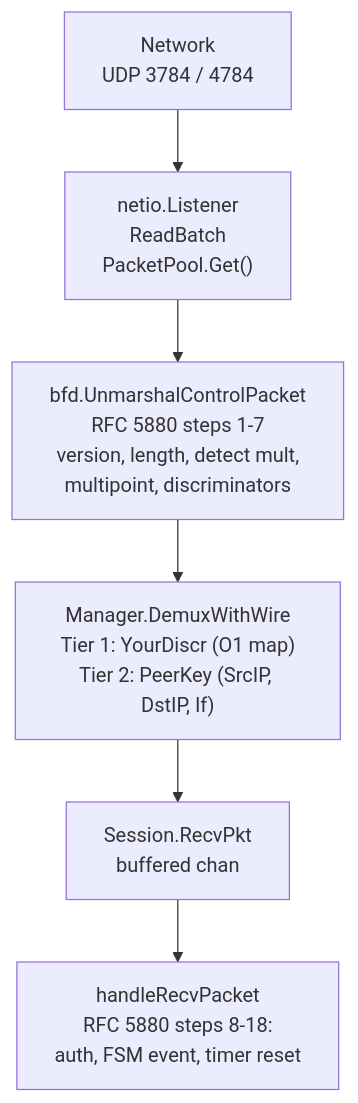
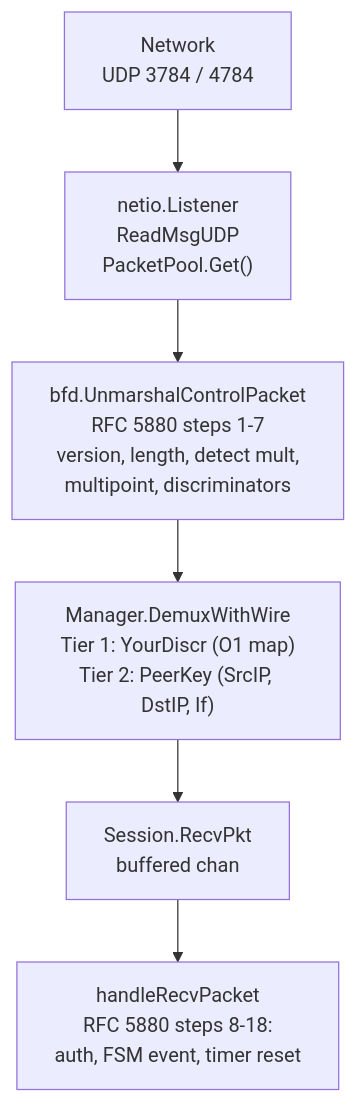
The third of 6 diagrams in docs/en/01-architecture.md (dantte-lp/gobfd), drawn with Mermaid before and after one commit. The commit also changed other lines of this file and 15 other files, not shown here.

````diff
--- a/docs/en/01-architecture.md
+++ b/docs/en/01-architecture.md
@@ -122,8 +122,8 @@
 ```mermaid
 flowchart TD
-    NET["Network<br/>UDP 3784 / 4784"] --> LISTEN["netio.Listener<br/>ReadBatch<br/>PacketPool.Get()"]
+    NET["Network<br/>UDP 3784 / 4784"] --> LISTEN["netio.Listener<br/>ReadMsgUDP<br/>PacketPool.Get()"]
     LISTEN --> UNMARSHAL["bfd.UnmarshalControlPacket<br/>RFC 5880 steps 1-7<br/>version, length, detect mult,<br/>multipoint, discriminators"]
     UNMARSHAL --> DEMUX["Manager.DemuxWithWire<br/>Tier 1: YourDiscr (O1 map)<br/>Tier 2: PeerKey (SrcIP, DstIP, If)"]
     DEMUX --> RECV["Session.RecvPkt<br/>buffered chan"]
     RECV --> HANDLE["handleRecvPacket<br/>RFC 5880 steps 8-18:<br/>auth, FSM event, timer reset"]
 ```
````
